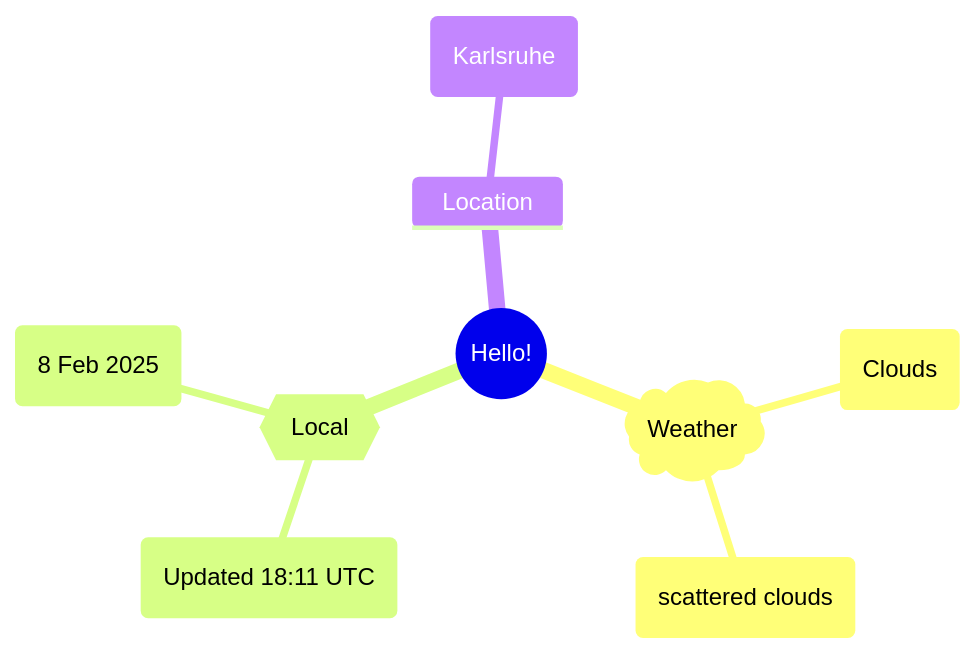
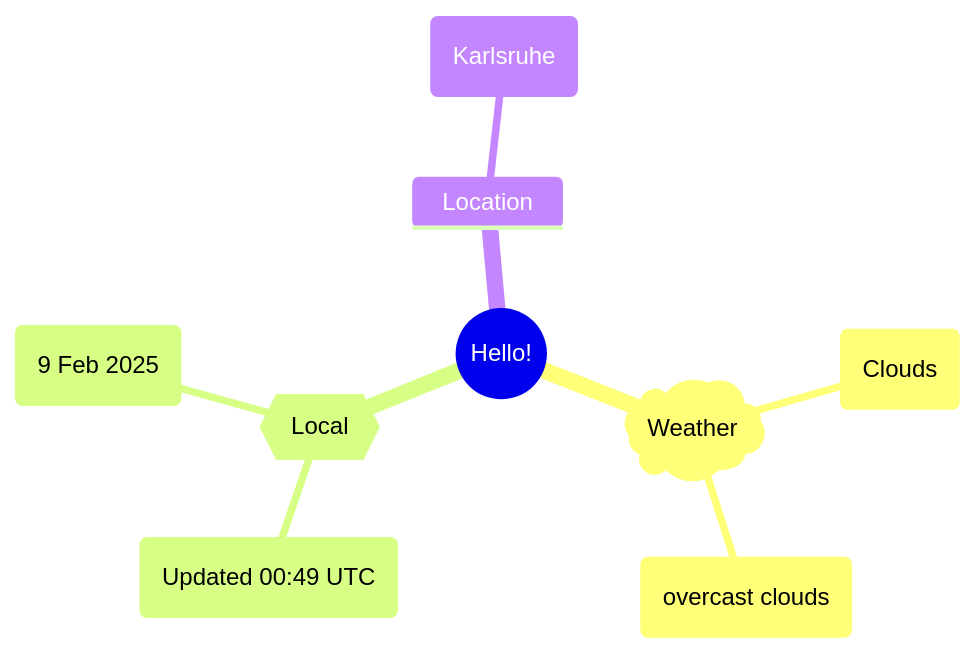
The first of 2 diagrams in README.md (Xosrov/Xosrov), drawn with Mermaid before and after one commit.

Commit message:
[bot] updated images

````diff
--- a/README.md
+++ b/README.md
@@ -3,12 +3,12 @@
 ```mermaid
 mindmap
   root((Hello!))
     )Weather(
         (Clouds)
-        (scattered clouds)
+        (overcast clouds)
     {{Local}}
-        (Updated 18:11 UTC)
-        (8 Feb 2025)
+        (Updated 00:49 UTC)
+        (9 Feb 2025)
     Location
         (Karlsruhe)
 ```
````
